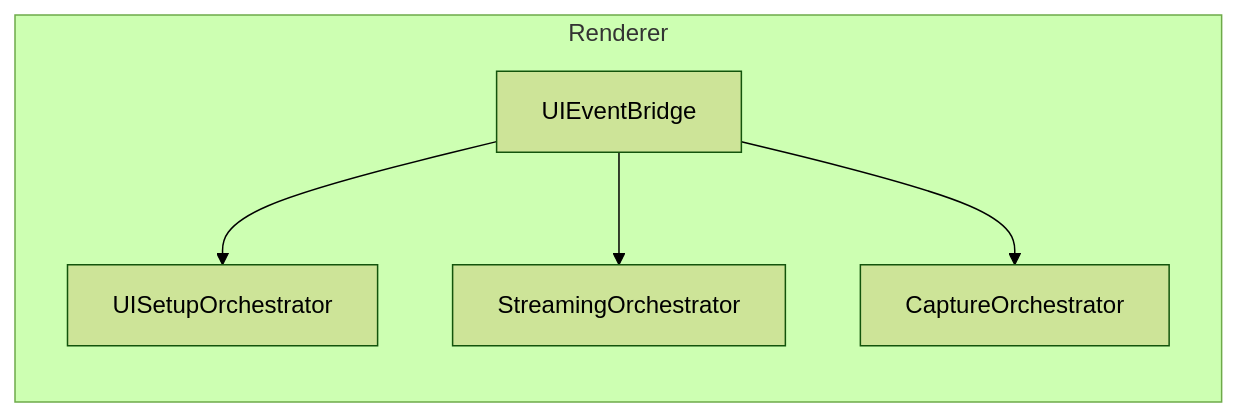
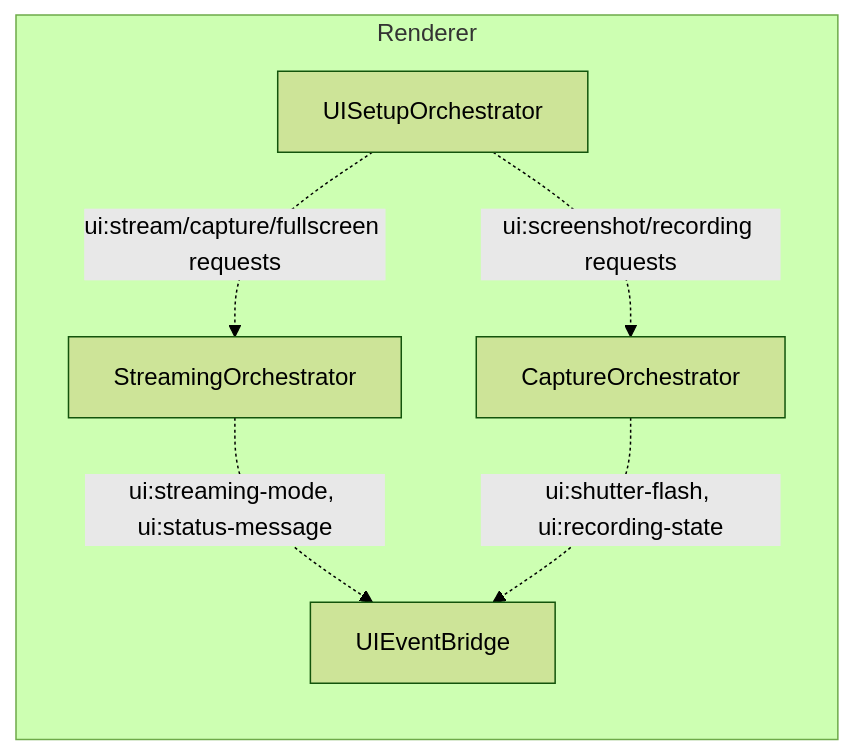
The seventh of 8 diagrams in docs/architecture-diagrams.md (josstei/prismgb-app), drawn with Mermaid (forest theme) before and after one commit. The commit also changed other lines of this file and 50 other files, not shown here.

````diff
--- a/docs/architecture-diagrams.md
+++ b/docs/architecture-diagrams.md
@@ -182,13 +165,14 @@
 ```mermaid
 flowchart LR
   subgraph RENDERER[Renderer]
-    UIEventBridge[UIEventBridge]
     UISetupOrchestrator[UISetupOrchestrator]
     StreamingOrchestrator[StreamingOrchestrator]
     CaptureOrchestrator[CaptureOrchestrator]
+    UIEventBridge[UIEventBridge]
   end
 
-  UIEventBridge --> UISetupOrchestrator
-  UIEventBridge --> StreamingOrchestrator
-  UIEventBridge --> CaptureOrchestrator
+  UISetupOrchestrator -. "ui:stream/capture/fullscreen requests" .-> StreamingOrchestrator
+  UISetupOrchestrator -. "ui:screenshot/recording requests" .-> CaptureOrchestrator
+  StreamingOrchestrator -. "ui:streaming-mode, ui:status-message" .-> UIEventBridge
+  CaptureOrchestrator -. "ui:shutter-flash, ui:recording-state" .-> UIEventBridge
 ```
````
